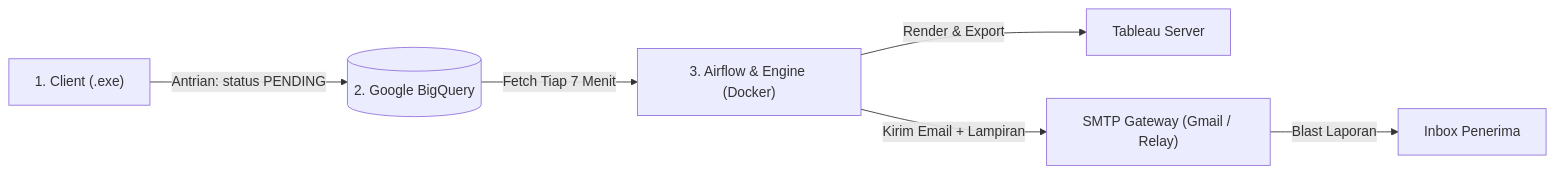
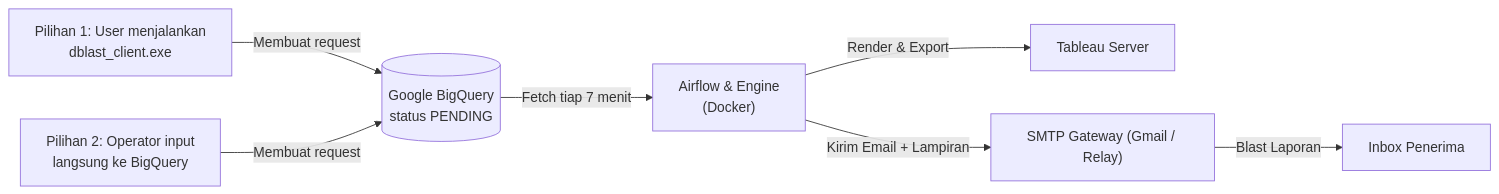
The diagram in README.md (raka-arrayan/dblast_engine), drawn with Mermaid before and after one commit. The commit also changed other lines of this file and 2 other files, not shown here.

Commit message:
docs: clarify input workflows and setup

````diff
--- a/README.md
+++ b/README.md
@@ -18,8 +18,9 @@
 ```mermaid
 flowchart LR
-    A["1. Client (.exe)"] -->|Antrian: status PENDING| B[("2. Google BigQuery")]
-    B -->|Fetch Tiap 7 Menit| C["3. Airflow & Engine (Docker)"]
-    C -->|Render & Export| D["Tableau Server"]
-    C -->|Kirim Email + Lampiran| E["SMTP Gateway (Gmail / Relay)"]
-    E -->|Blast Laporan| F["Inbox Penerima"]
+    A["Pilihan 1: User menjalankan<br/>dblast_client.exe"] -->|Membuat request| C[("Google BigQuery<br/>status PENDING")]
+    B["Pilihan 2: Operator input<br/>langsung ke BigQuery"] -->|Membuat request| C
+    C -->|Fetch tiap 7 menit| D["Airflow & Engine<br/>(Docker)"]
+    D -->|Render & Export| E["Tableau Server"]
+    D -->|Kirim Email + Lampiran| F["SMTP Gateway (Gmail / Relay)"]
+    F -->|Blast Laporan| G["Inbox Penerima"]
 ```
````
